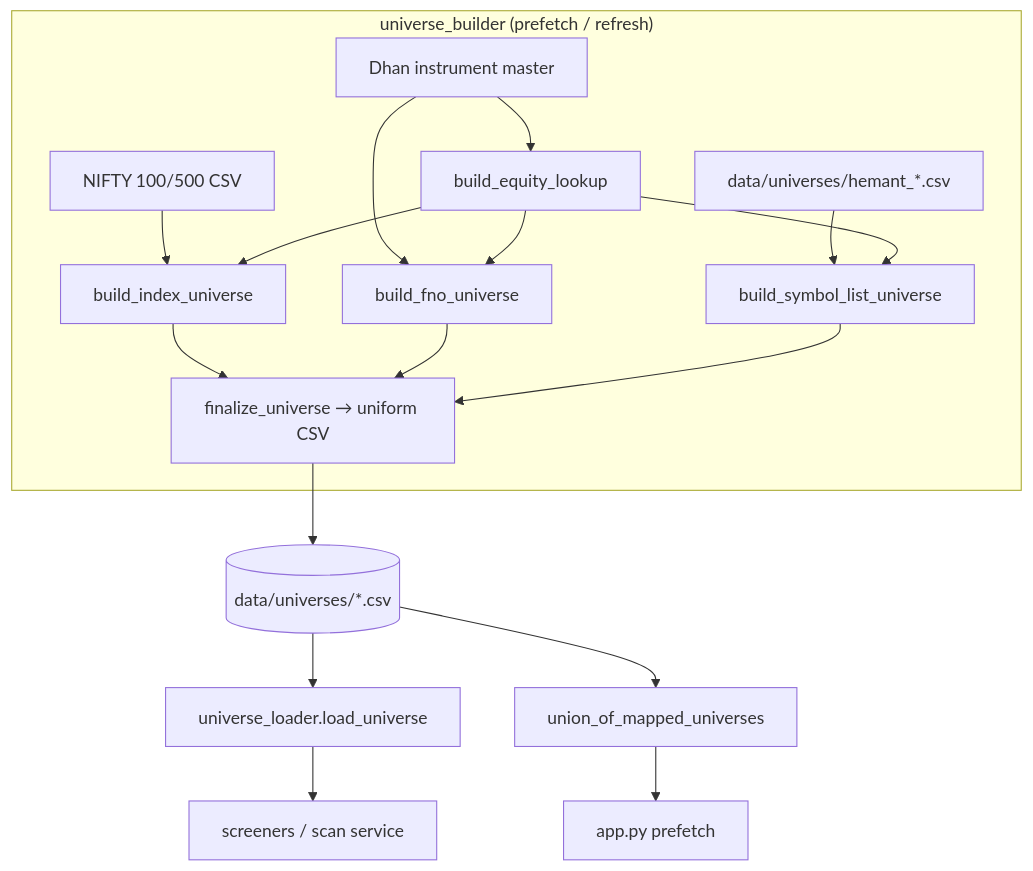
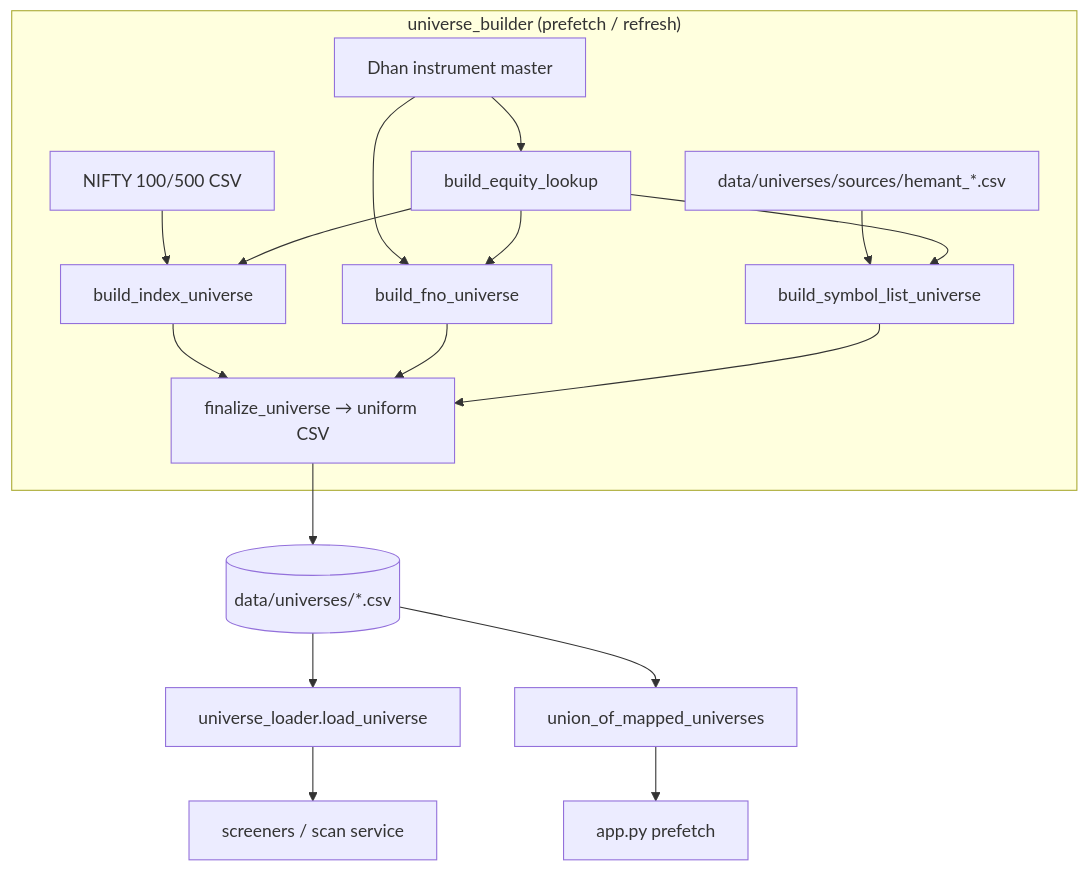
The diagram in docs/architecture/components/universe-management.md (DoRmAmMu1997/Streamlit-Scanner-App), drawn with Mermaid before and after one commit. The commit also changed other lines of this file and 15 other files, not shown here.

````diff
--- a/docs/architecture/components/universe-management.md
+++ b/docs/architecture/components/universe-management.md
@@ -30,15 +30,15 @@
 ```mermaid
 flowchart TD
     subgraph Build["universe_builder (prefetch / refresh)"]
       N100["NIFTY 100/500 CSV"] --> IDX["build_index_universe"]
       MASTER["Dhan instrument master"] --> EQ["build_equity_lookup"]
       MASTER --> FNO["build_fno_universe"]
-      HEM["data/universes/hemant_*.csv"] --> SYM["build_symbol_list_universe"]
+      HEM["data/universes/sources/hemant_*.csv"] --> SYM["build_symbol_list_universe"]
       EQ --> IDX & FNO & SYM
       IDX & FNO & SYM --> FIN["finalize_universe → uniform CSV"]
     end
     FIN --> CSV[("data/universes/*.csv")]
     CSV --> LOAD["universe_loader.load_universe"]
     LOAD --> SCREEN["screeners / scan service"]
     CSV --> UNION["union_of_mapped_universes"] --> PREFETCH["app.py prefetch"]
 ```
````
